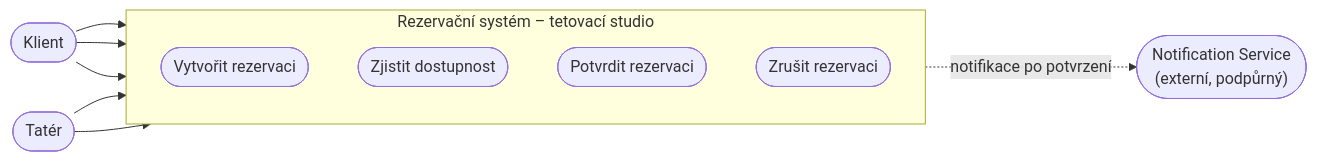
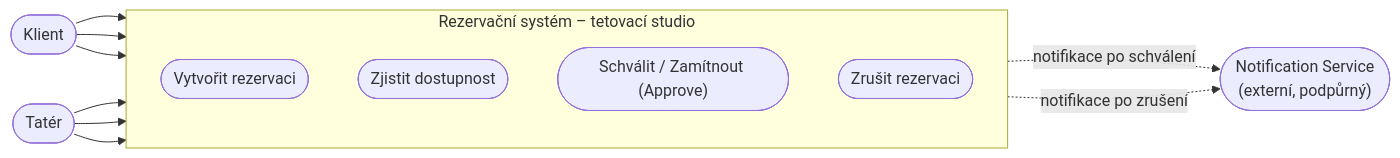
The first of 7 diagrams in docs/diagrams.md (Eve-linnx/tattoo_reservation_system), drawn with Mermaid before and after one commit. The commit also changed other lines of this file and 10 other files, not shown here.

````diff
--- a/docs/diagrams.md
+++ b/docs/diagrams.md
@@ -18,21 +18,23 @@
 ```mermaid
 flowchart LR
     Klient(["Klient"])
     Tater(["Tatér"])
     Notifikace(["Notification Service\n(externí, podpůrný)"])
 
     subgraph System["Rezervační systém – tetovací studio"]
         direction TB
         UC1(["Vytvořit rezervaci"])
         UC2(["Zjistit dostupnost"])
-        UC3(["Potvrdit rezervaci"])
+        UC3(["Schválit / Zamítnout (Approve)"])
         UC4(["Zrušit rezervaci"])
     end
 
     Klient --> UC1
     Klient --> UC2
     Klient --> UC4
+    Tater --> UC2
     Tater --> UC3
     Tater --> UC4
-    UC3 -.notifikace po potvrzení.-> Notifikace
+    UC3 -.notifikace po schválení.-> Notifikace
+    UC4 -.notifikace po zrušení.-> Notifikace
 ```
````
